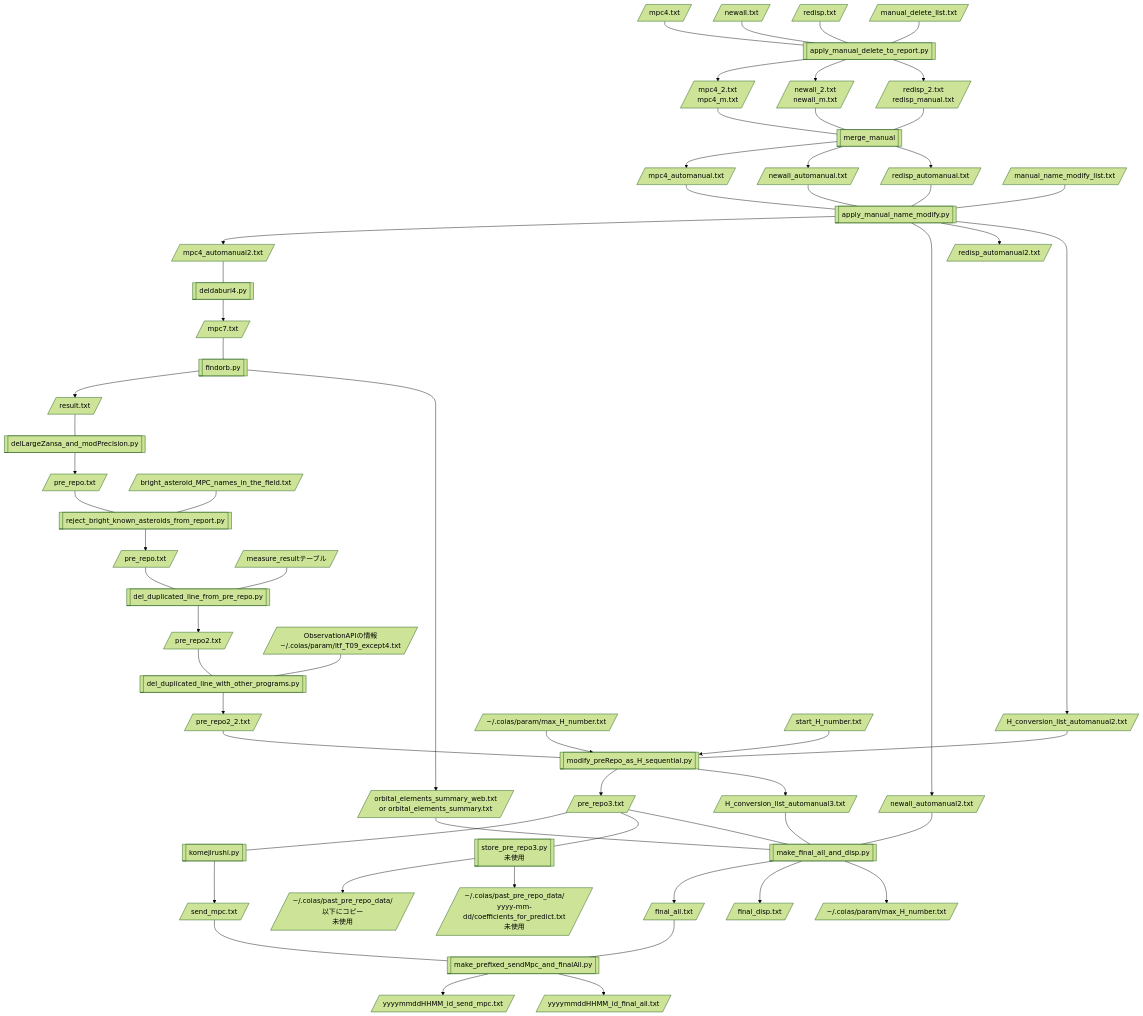
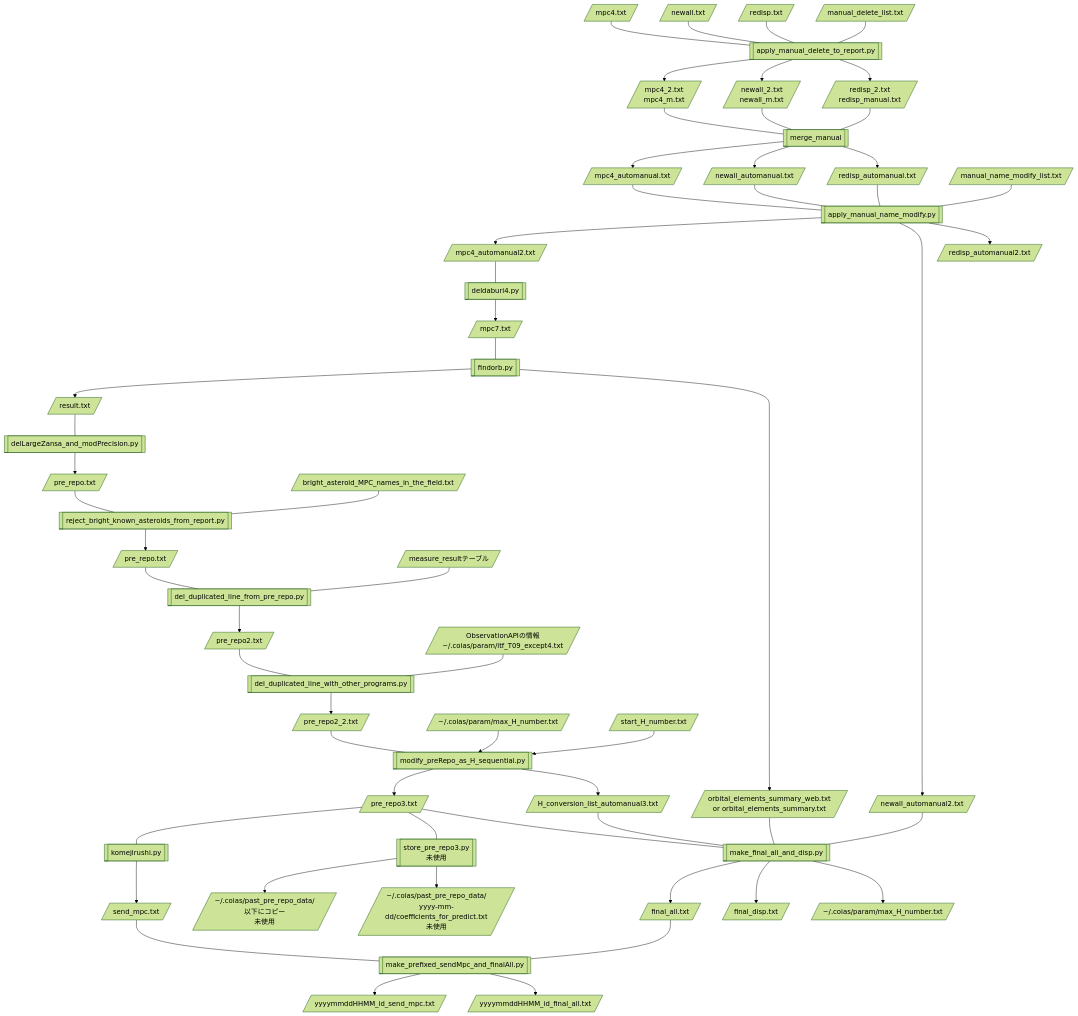
The diagram in flowcharts/flowchart7-AstsearchR_afterReCOIAS.md (COIAS-program/COIAS_program_github), drawn with Mermaid (forest theme) before and after one commit. The commit also changed 1 other file, not shown here.

Commit message:
src7: H_conversion_list.txtの概念をここまでのプロセスから消したので、apply_manual_name_modify.pyからも削除

```````diff
--- a/flowcharts/flowchart7-AstsearchR_afterReCOIAS.md
+++ b/flowcharts/flowchart7-AstsearchR_afterReCOIAS.md
@@ -3,63 +3,61 @@
 ```mermaid
 flowchart TD
     n[/mpc4.txt/] --- o[[apply_manual_delete_to_report.py]]
     p[/newall.txt/] --- o
     q[/redisp.txt/] --- o
     E[/manual_delete_list.txt/] --- o
     o --> A
     o --> C
     o --> D
     A[/mpc4_2.txt<br>mpc4_m.txt/] --- B[[merge_manual]]
     C[/newall_2.txt<br>newall_m.txt/] --- B
     D[/redisp_2.txt<br>redisp_manual.txt/] --- B
 
     B --> F[/mpc4_automanual.txt/]
     B --> G[/newall_automanual.txt/]
     B --> H[/redisp_automanual.txt/]
     l[/manual_name_modify_list.txt/] --- J
     F --- J[[apply_manual_name_modify.py]]
     G --- J
     H --- J
     J --> K[/mpc4_automanual2.txt/]
     J --> L[/newall_automanual2.txt/]
     J --> M[/redisp_automanual2.txt/]
-    J --> N[/H_conversion_list_automanual2.txt/]
     K --- O[[deldaburi4.py]]
     O --> P[/mpc7.txt/]
     P --- Q[[findorb.py]]
     Q --> R[/result.txt/]
     Q --> S[/orbital_elements_summary_web.txt<br>or orbital_elements_summary.txt/]
     R --- T[[delLargeZansa_and_modPrecision.py]]
     T --> U[/pre_repo.txt/]
     U --- V[[reject_bright_known_asteroids_from_report.py]]
     V --> W[/pre_repo.txt/]
     X[/bright_asteroid_MPC_names_in_the_field.txt/] --- V
 	W --- b[[del_duplicated_line_from_pre_repo.py]]
 	c[/measure_resultテーブル/] --- b
 	b --> d[/pre_repo2.txt/]
     d --- Y2[[del_duplicated_line_with_other_programs.py]]
     c2[/ObservationAPIの情報<br>~/.coias/param/itf_T09_except4.txt/] --- Y2
     Y2 --> d2[/pre_repo2_2.txt/]
     d2 --- Y[[modify_preRepo_as_H_sequential.py]]
     r[/"~/.coias/param/max_H_number.txt"/] --> Y
     s[/start_H_number.txt/] --> Y
     Y --> Z[/pre_repo3.txt/]
     Y --> a[/H_conversion_list_automanual3.txt/]
-    N --- Y
     Z --- e[[komejirushi.py]]
     e --> f[/send_mpc.txt/]
     Z --- g[[store_pre_repo3.py<br>未使用]]
     g --> h[/"~"/.coias/past_pre_repo_data/以下にコピー<br>未使用/]
     g --> m[/"~"/.coias/past_pre_repo_data/<br>yyyy-mm-dd/coefficients_for_predict.txt<br>未使用/]
     a --- i[[make_final_all_and_disp.py]]
     Z --- i
     L --- i
     i --> j[/final_all.txt/]
     i --> k[/final_disp.txt/]
     i --> t[/"~/.coias/param/max_H_number.txt"/]
     S --- i
     j --- u[[make_prefixed_sendMpc_and_finalAll.py]]
     f --- u
     u --> v[/yyyymmddHHMM_id_send_mpc.txt/]
     u --> w[/yyyymmddHHMM_id_final_all.txt/]
 ``````
```````
